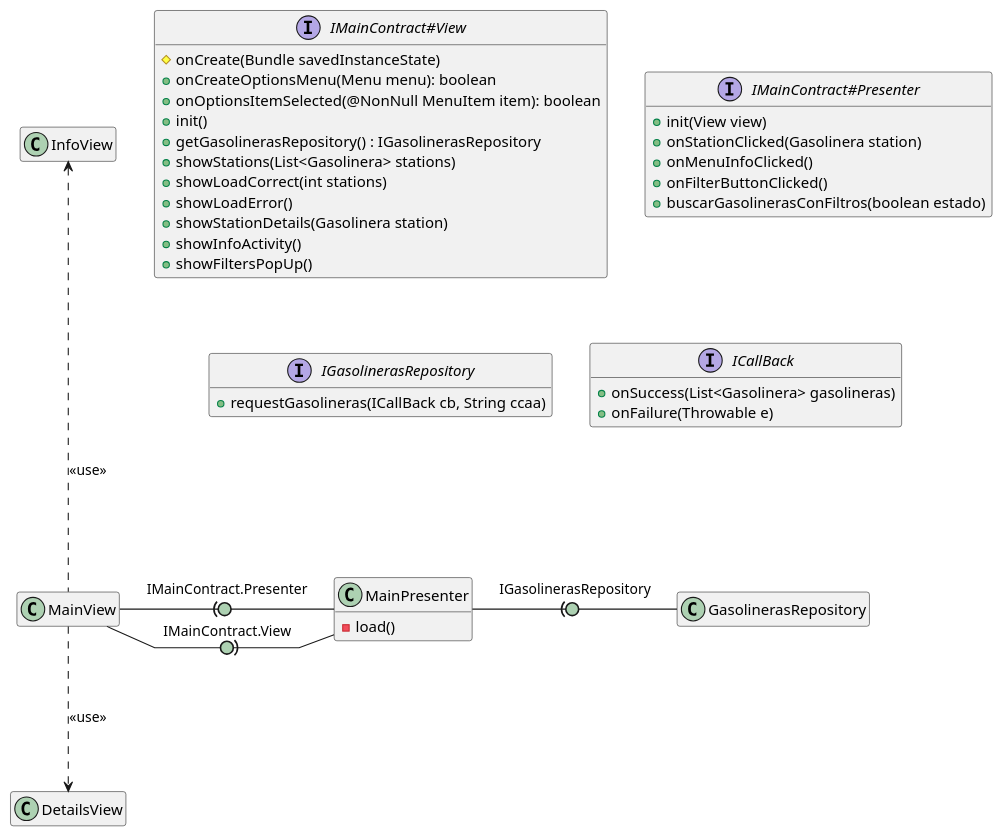
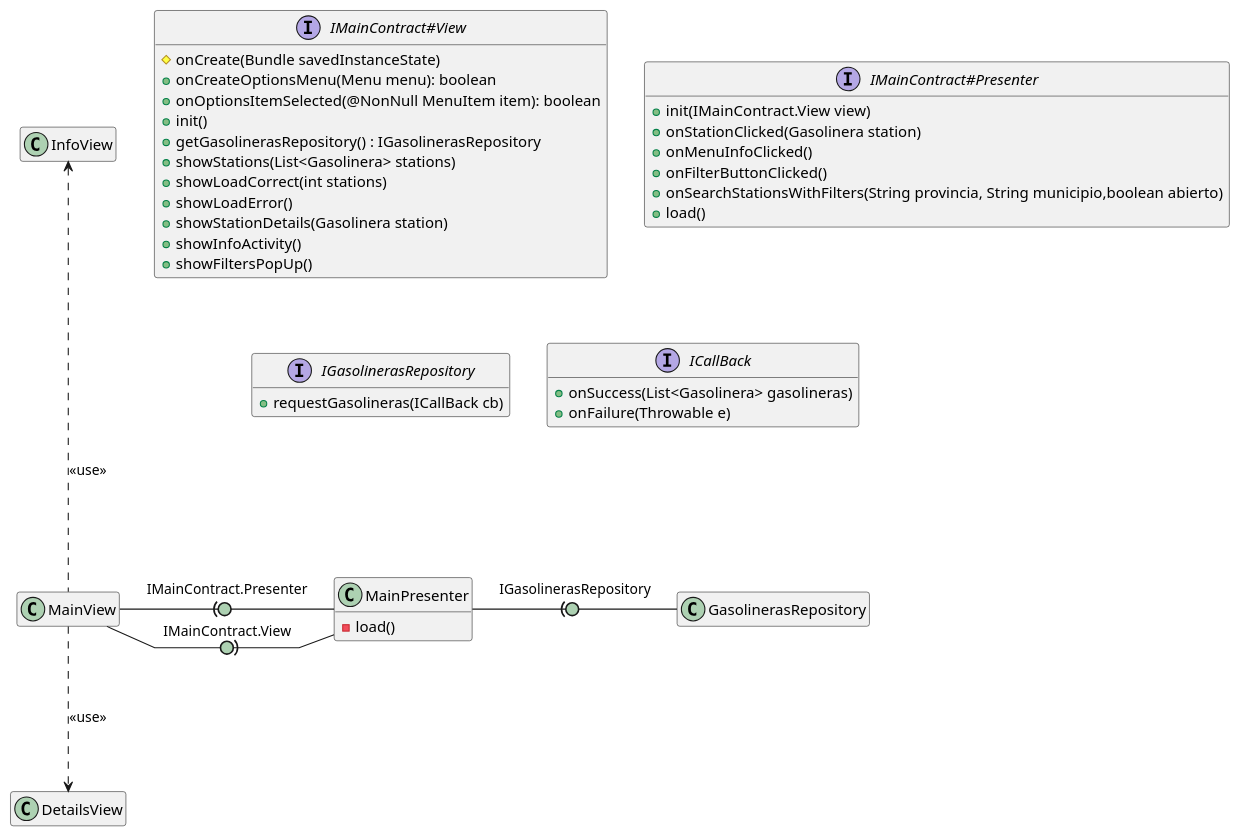
One commit to isunican/App-Gasolineras-Grupo5 changed the diagram in Docs/Models/architecture.puml. Above: the diagram before and after it, drawn with PlantUML. The commit also changed 1 other file, not shown here.

```diff
--- a/Docs/Models/architecture.puml
+++ b/Docs/Models/architecture.puml
@@ -1,50 +1,51 @@
 @startuml clases
 
 hide empty members
 skinparam linetype polyline
 skinparam arrowLollipopColor #ADD1B2
 
 MainView -right(0- MainPresenter : IMainContract.Presenter
 MainView -right0)- MainPresenter : IMainContract.View
 MainView -up..-> InfoView : <<use>>
 MainView -down..> DetailsView : <<use>>
 MainPresenter -right(0- GasolinerasRepository : IGasolinerasRepository
 
 
 class MainPresenter {
     -load()
 }
 
 interface IMainContract#View {
     # onCreate(Bundle savedInstanceState)
     + onCreateOptionsMenu(Menu menu): boolean
     + onOptionsItemSelected(@NonNull MenuItem item): boolean
     + init()
     + getGasolinerasRepository() : IGasolinerasRepository
     + showStations(List<Gasolinera> stations)
     + showLoadCorrect(int stations)
     + showLoadError()
     + showStationDetails(Gasolinera station)
     + showInfoActivity()
     + showFiltersPopUp()
 }
 
 interface IMainContract#Presenter {
-    + init(View view)
+    + init(IMainContract.View view)
     + onStationClicked(Gasolinera station)
     + onMenuInfoClicked()
     + onFilterButtonClicked()
-    + buscarGasolinerasConFiltros(boolean estado)
+    + onSearchStationsWithFilters(String provincia, String municipio,boolean abierto)
+    + load()
 }
 
 interface IGasolinerasRepository {
-    + requestGasolineras(ICallBack cb, String ccaa)
+    + requestGasolineras(ICallBack cb)
 }
 
 interface ICallBack {
     + onSuccess(List<Gasolinera> gasolineras)
     + onFailure(Throwable e)
 }
 
 
 @enduml
```
